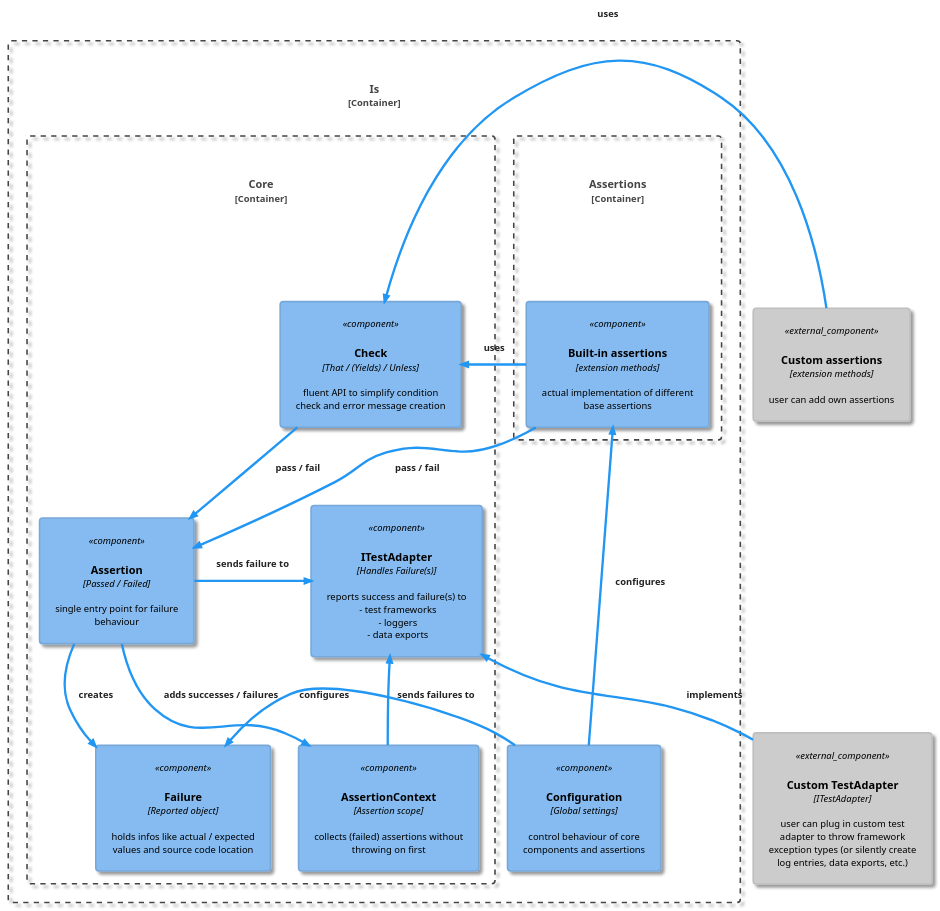
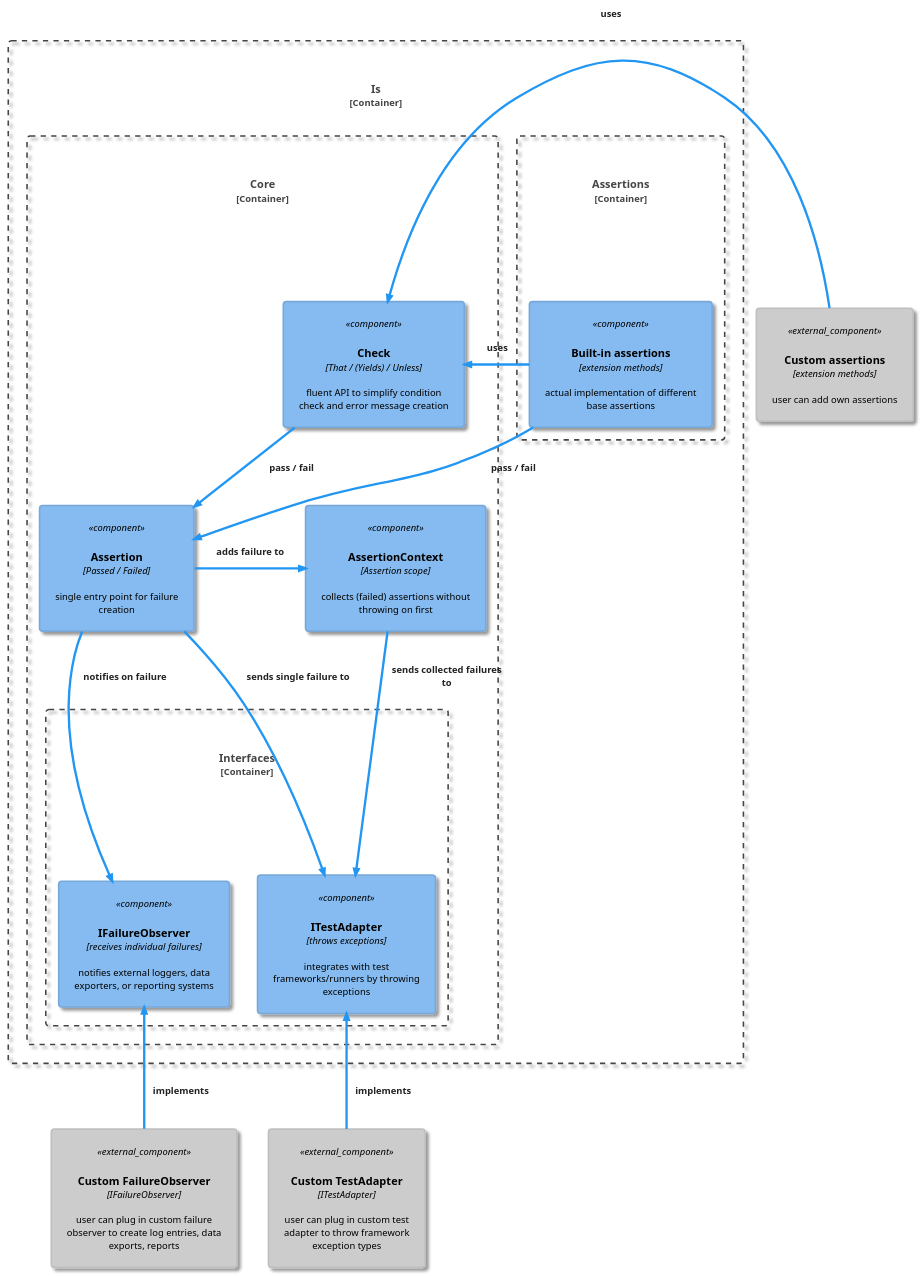
One commit to chrismo80/Is changed the diagram in Docs/Architecture.plantuml. Above: the diagram before and after it, drawn with PlantUML. The commit also changed 1 other file, not shown here.

Commit message:
Update Architecture

```diff
--- a/Docs/Architecture.plantuml
+++ b/Docs/Architecture.plantuml
@@ -1,46 +1,46 @@
 @startuml "Architecture"
 
 !include <C4/C4_Component>
 
 !theme materia
 
 Component_Ext(ca, "Custom assertions", "extension methods", "user can add own assertions")
-Component_Ext(cta, "Custom TestAdapter", "ITestAdapter", "user can plug in custom test adapter to throw framework exception types (or silently create log entries, data exports, etc.)")
+Component_Ext(cfo, "Custom FailureObserver", "IFailureObserver", "user can plug in custom failure observer to create log entries, data exports, reports")
+Component_Ext(cta, "Custom TestAdapter", "ITestAdapter", "user can plug in custom test adapter to throw framework exception types ")
 
 Container_Boundary(Is, "Is") {
 
     Container_Boundary(Assertions, "Assertions") {
         Component(ext, "Built-in assertions", "extension methods", "actual implementation of different base assertions")
         }
 
     Container_Boundary(Core, "Core") {
         Component(check, "Check", "That / (Yields) / Unless", "fluent API to simplify condition check and error message creation")
-        Component(ass, "Assertion", "Passed / Failed", "single entry point for failure behaviour")
-        Component(fail, "Failure", "Reported object", "holds infos like actual / expected values and source code location")
+        Component(ass, "Assertion", "Passed / Failed", "single entry point for failure creation")
         Component(ctx, "AssertionContext", "Assertion scope", "collects (failed) assertions without throwing on first")
-        Component(ita, "ITestAdapter", "Handles Failure(s)", "reports success and failure(s) to \n - test frameworks \n - loggers \n - data exports")
+        
+        Container_Boundary(Interfaces, "Interfaces") {
+            Component(ifo, "IFailureObserver", "receives individual failures", "notifies external loggers, data exporters, or reporting systems")
+            Component(ita, "ITestAdapter", "throws exceptions", "integrates with test frameworks/runners by throwing exceptions")
         }
-
-    Component(conf, "Configuration", "Global settings", "control behaviour of core components and assertions")
+    }
 }
 
 
-Rel_L(ass, ita, "sends failure to")
-Rel(ass, fail, "creates")
+Rel_R(ass, ctx, "adds failure to")
+Rel(ass, ifo, "notifies on failure")
+Rel(ass, ita, "sends single failure to")
 
 Rel_R(ext, check, "uses")
 Rel(ext, ass, "pass / fail")
 
-Rel(ctx, ita, "sends failures to")
+Rel(ctx, ita, "sends collected failures to")
 
 Rel(check, ass, "pass / fail")
-Rel(ass, ctx, "adds successes / failures")
-
-Rel_U(conf, ext, "configures")
-Rel_R(conf, fail, "configures")
 
 Rel_L(ca, check, "uses")
 Rel_U(cta, ita, "implements")
+Rel_U(cfo, ifo, "implements")
 
 
 @enduml
```
